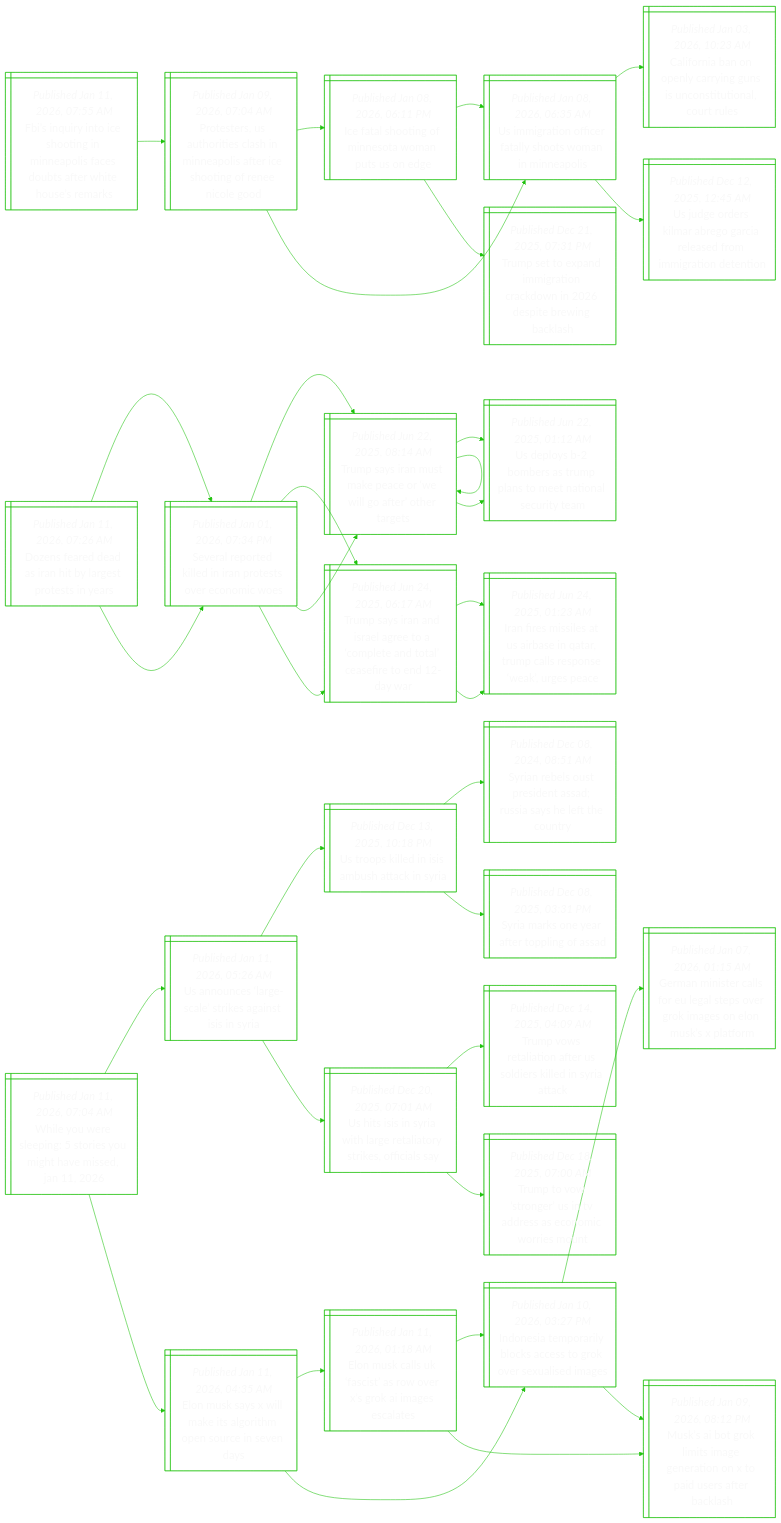
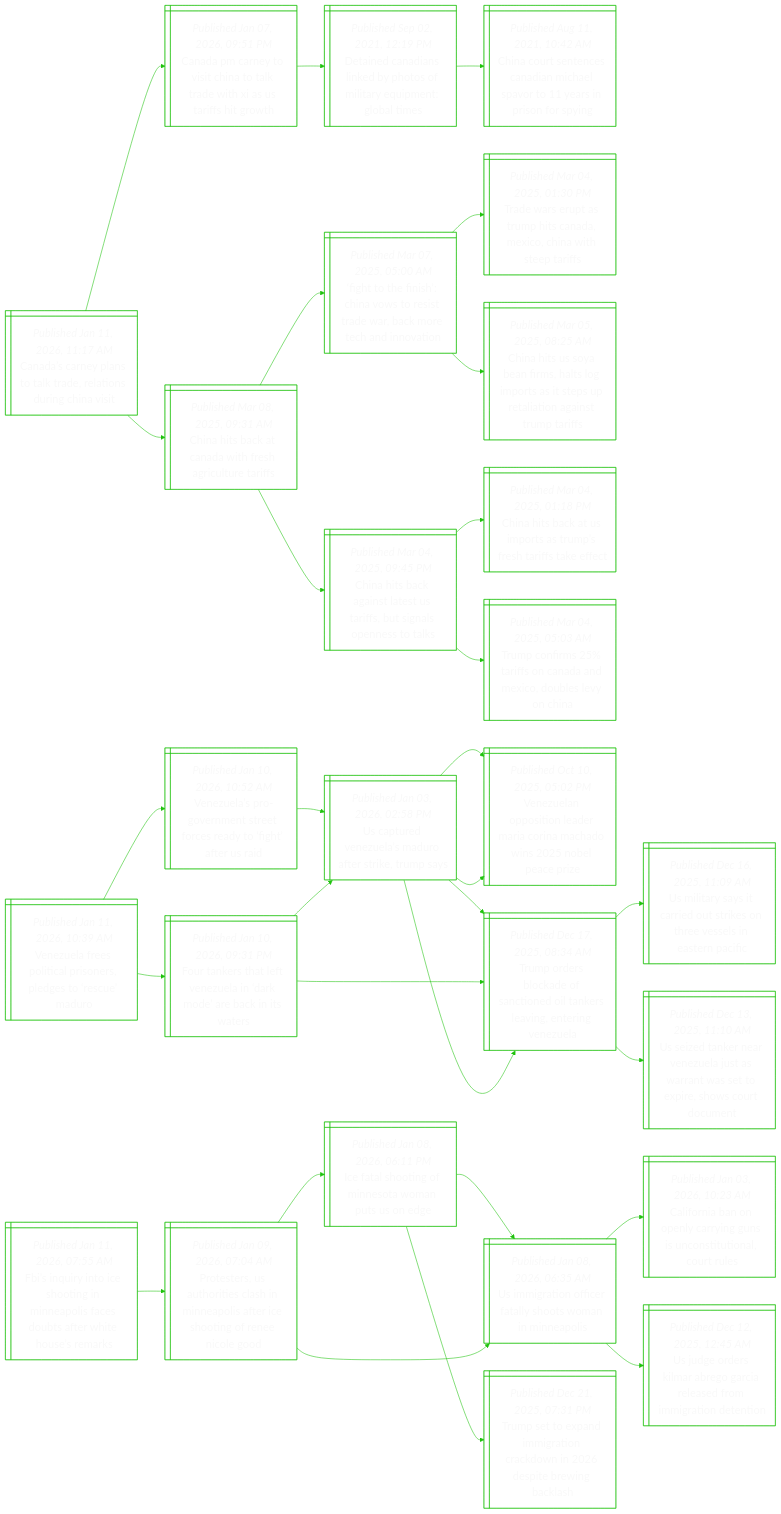
The diagram in README.md (notJmes/notJmes), drawn with Mermaid before and after one commit. The commit also changed other lines of this file, not shown here.

````diff
--- a/README.md
+++ b/README.md
@@ -15,6 +15,77 @@
 %%{init: {'theme':'base', 'themeVariables': {'primaryColor': "transparent", 'primaryTextColor': "#F9F9F9", 'lineColor': "#20C20E", 'primaryBorderColor':'#20C20E'}}}%%
 flowchart LR
 classDef txtsize font-size:20px;
+
+Canatreorhi@{ shape: win-pane, label: "_Published Jan 11, 2026, 11:17 AM_
+Canada’s carney plans to talk trade, relations during china visit" }
+CarotaldhUiiw@{ shape: win-pane, label: "_Published Jan 07, 2026, 09:51 PM_
+Canada pm carney to visit china to talk trade with xi as us tariffs hit growth" }
+DnnnkpslypGls@{ shape: win-pane, label: "_Published Sep 02, 2021, 12:19 PM_
+Detained canadians linked by photos of military equipment: global times" }
+Ccsnaahptrrfy@{ shape: win-pane, label: "_Published Aug 11, 2021, 10:42 AM_
+China court sentences canadian michael spavor to 11 years in prison for spying" }
+ChaCafauef@{ shape: win-pane, label: "_Published Mar 08, 2025, 09:31 AM_
+China hits back at canada with fresh agriculture tariffs" }
+Ftfhatiarmedvn@{ shape: win-pane, label: "_Published Mar 07, 2025, 05:00 AM_
+‘fight to the finish’: china vows to resist trade war, back more tech and innovation" }
+TwrspCacnhpf@{ shape: win-pane, label: "_Published Mar 04, 2025, 01:30 PM_
+Trade wars erupt as trump hits canada, mexico, china with steep tariffs" }
+ChSbiaooserinnur@{ shape: win-pane, label: "_Published Mar 05, 2025, 08:25 AM_
+China hits us soya bean firms, halts log imports as it steps up retaliation against trump tariffs" }
+Chaaltrbgoet@{ shape: win-pane, label: "_Published Mar 04, 2025, 09:45 PM_
+China hits back against latest us tariffs, but signals openness to talks" }
+ChaUospsiaf@{ shape: win-pane, label: "_Published Mar 04, 2025, 01:18 PM_
+China hits back at us imports as trump’s fresh tariffs take effect" }
+TcrroadcbeC@{ shape: win-pane, label: "_Published Mar 04, 2025, 05:03 AM_
+Trump confirms 25% tariffs on canada and mexico, doubles levy on china" }
+
+Canatreorhi:::txtsize --> CarotaldhUiiw:::txtsize
+CarotaldhUiiw:::txtsize --> DnnnkpslypGls:::txtsize
+DnnnkpslypGls:::txtsize --> Ccsnaahptrrfy:::txtsize
+Canatreorhi:::txtsize --> ChaCafauef:::txtsize
+ChaCafauef:::txtsize --> Ftfhatiarmedvn:::txtsize
+Ftfhatiarmedvn:::txtsize --> TwrspCacnhpf:::txtsize
+Ftfhatiarmedvn:::txtsize --> ChSbiaooserinnur:::txtsize
+ChaCafauef:::txtsize --> Chaaltrbgoet:::txtsize
+Chaaltrbgoet:::txtsize --> ChaUospsiaf:::txtsize
+Chaaltrbgoet:::txtsize --> TcrroadcbeC:::txtsize
+
+Vurocirdouu@{ shape: win-pane, label: "_Published Jan 11, 2026, 10:39 AM_
+Venezuela frees political prisoners, pledges to ‘rescue’ maduro" }
+Vupverorthea@{ shape: win-pane, label: "_Published Jan 10, 2026, 10:52 AM_
+Venezuela’s pro-government street forces ready to ‘fight’ after us raid" }
+UtVuMorkms@{ shape: win-pane, label: "_Published Jan 03, 2026, 02:58 PM_
+Us captured venezuela’s maduro after strike, trump says" }
+Vuoilranhibai@{ shape: win-pane, label: "_Published Oct 10, 2025, 05:02 PM_
+Venezuelan opposition leader maria corina machado wins 2025 nobel peace prize" }
+Toskftdasitgz@{ shape: win-pane, label: "_Published Dec 17, 2025, 08:34 AM_
+Trump orders blockade of sanctioned oil tankers leaving, entering venezuela" }
+Fasleedoeiws@{ shape: win-pane, label: "_Published Jan 10, 2026, 09:31 PM_
+Four tankers that left venezuela in ‘dark mode’ are back in its waters" }
+Toskftdasitgz@{ shape: win-pane, label: "_Published Dec 17, 2025, 08:34 AM_
+Trump orders blockade of sanctioned oil tankers leaving, entering venezuela" }
+Uistitktvlanf@{ shape: win-pane, label: "_Published Dec 16, 2025, 11:09 AM_
+Us military says it carried out strikes on three vessels in eastern pacific" }
+Uznenltrwtphoon@{ shape: win-pane, label: "_Published Dec 13, 2025, 11:10 AM_
+Us seized tanker near venezuela just as warrant was set to expire, shows court document" }
+UtVuMorkms@{ shape: win-pane, label: "_Published Jan 03, 2026, 02:58 PM_
+Us captured venezuela’s maduro after strike, trump says" }
+Vuoilranhibai@{ shape: win-pane, label: "_Published Oct 10, 2025, 05:02 PM_
+Venezuelan opposition leader maria corina machado wins 2025 nobel peace prize" }
+Toskftdasitgz@{ shape: win-pane, label: "_Published Dec 17, 2025, 08:34 AM_
+Trump orders blockade of sanctioned oil tankers leaving, entering venezuela" }
+
+Vurocirdouu:::txtsize --> Vupverorthea:::txtsize
+Vupverorthea:::txtsize --> UtVuMorkms:::txtsize
+UtVuMorkms:::txtsize --> Vuoilranhibai:::txtsize
+UtVuMorkms:::txtsize --> Toskftdasitgz:::txtsize
+Vurocirdouu:::txtsize --> Fasleedoeiws:::txtsize
+Fasleedoeiws:::txtsize --> Toskftdasitgz:::txtsize
+Toskftdasitgz:::txtsize --> Uistitktvlanf:::txtsize
+Toskftdasitgz:::txtsize --> Uznenltrwtphoon:::txtsize
+Fasleedoeiws:::txtsize --> UtVuMorkms:::txtsize
+UtVuMorkms:::txtsize --> Vuoilranhibai:::txtsize
+UtVuMorkms:::txtsize --> Toskftdasitgz:::txtsize
 
 FnyIognoaoaWHsr@{ shape: win-pane, label: "_Published Jan 11, 2026, 07:55 AM_
 Fbi’s inquiry into ice shooting in minneapolis faces doubts after white house’s remarks" }
@@ -41,90 +112,4 @@
 UiifflomMas:::txtsize --> Coboyyuustlts:::txtsize
 UiifflomMas:::txtsize --> UgelbGaarmtei:::txtsize
 
-Dsedabgrte@{ shape: win-pane, label: "_Published Jan 11, 2026, 07:26 AM_
-Dozens feared dead as iran hit by largest protests in years" }
-Saokdatocis@{ shape: win-pane, label: "_Published Jan 01, 2026, 07:34 PM_
-Several reported killed in iran protests over economic woes" }
-Tsrseeworre@{ shape: win-pane, label: "_Published Jun 22, 2025, 08:14 AM_
-Trump says iran must make peace or ‘we will go after’ other targets" }
-Tsrseeworre@{ shape: win-pane, label: "_Published Jun 22, 2025, 08:14 AM_
-Trump says iran must make peace or ‘we will go after’ other targets" }
-Ulbrrlonncy@{ shape: win-pane, label: "_Published Jun 22, 2025, 01:12 AM_
-Us deploys b-2 bombers as trump plans to meet national security team" }
-Tsrdeecedletdr@{ shape: win-pane, label: "_Published Jun 24, 2025, 06:17 AM_
-Trump says iran and israel agree to a ‘complete and total’ ceasefire to end 12-day war" }
-IiieSaQTcrnaec@{ shape: win-pane, label: "_Published Jun 24, 2025, 01:23 AM_
-Iran fires missiles at us airbase in qatar, trump calls response ‘weak’, urges peace" }
-Saokdatocis@{ shape: win-pane, label: "_Published Jan 01, 2026, 07:34 PM_
-Several reported killed in iran protests over economic woes" }
-Tsrseeworre@{ shape: win-pane, label: "_Published Jun 22, 2025, 08:14 AM_
-Trump says iran must make peace or ‘we will go after’ other targets" }
-Tsrseeworre@{ shape: win-pane, label: "_Published Jun 22, 2025, 08:14 AM_
-Trump says iran must make peace or ‘we will go after’ other targets" }
-Ulbrrlonncy@{ shape: win-pane, label: "_Published Jun 22, 2025, 01:12 AM_
-Us deploys b-2 bombers as trump plans to meet national security team" }
-Tsrdeecedletdr@{ shape: win-pane, label: "_Published Jun 24, 2025, 06:17 AM_
-Trump says iran and israel agree to a ‘complete and total’ ceasefire to end 12-day war" }
-IiieSaQTcrnaec@{ shape: win-pane, label: "_Published Jun 24, 2025, 01:23 AM_
-Iran fires missiles at us airbase in qatar, trump calls response ‘weak’, urges peace" }
-
-Dsedabgrte:::txtsize --> Saokdatocis:::txtsize
-Saokdatocis:::txtsize --> Tsrseeworre:::txtsize
-Tsrseeworre:::txtsize --> Tsrseeworre:::txtsize
-Tsrseeworre:::txtsize --> Ulbrrlonncy:::txtsize
-Saokdatocis:::txtsize --> Tsrdeecedletdr:::txtsize
-Tsrdeecedletdr:::txtsize --> IiieSaQTcrnaec:::txtsize
-Dsedabgrte:::txtsize --> Saokdatocis:::txtsize
-Saokdatocis:::txtsize --> Tsrseeworre:::txtsize
-Tsrseeworre:::txtsize --> Tsrseeworre:::txtsize
-Tsrseeworre:::txtsize --> Ulbrrlonncy:::txtsize
-Saokdatocis:::txtsize --> Tsrdeecedletdr:::txtsize
-Tsrdeecedletdr:::txtsize --> IiieSaQTcrnaec:::txtsize
-
-WYresemhiJ@{ shape: win-pane, label: "_Published Jan 11, 2026, 07:04 AM_
-While you were sleeping: 5 stories you might have missed, jan 11, 2026" }
-UoseekaIna@{ shape: win-pane, label: "_Published Jan 11, 2026, 05:26 AM_
-Us announces ‘large-scale’ strikes against isis in syria" }
-Uolnahcy@{ shape: win-pane, label: "_Published Dec 13, 2025, 10:18 PM_
-Us troops killed in isis ambush attack in syria" }
-SnltiARahtoy@{ shape: win-pane, label: "_Published Dec 08, 2024, 08:51 AM_
-Syrian rebels oust president assad; russia says he left the country" }
-Smoaepoa@{ shape: win-pane, label: "_Published Dec 08, 2025, 03:31 PM_
-Syria marks one year after toppling of assad" }
-Usiihelrifay@{ shape: win-pane, label: "_Published Dec 20, 2025, 07:01 AM_
-Us hits isis in syria with large retaliatory strikes, officials say" }
-TveaaUdkdrt@{ shape: win-pane, label: "_Published Dec 14, 2025, 04:09 AM_
-Trump vows retaliation after us soldiers killed in syria attack" }
-Ttsgidsociu@{ shape: win-pane, label: "_Published Dec 18, 2025, 07:00 AM_
-Trump to vow ‘stronger’ us in tv address as economic worries mount" }
-Euyleltersd@{ shape: win-pane, label: "_Published Jan 11, 2026, 04:35 AM_
-Elon musk says x will make its algorithm open source in seven days" }
-Eulfsoromea@{ shape: win-pane, label: "_Published Jan 11, 2026, 01:18 AM_
-Elon musk calls uk ‘fascist’ as row over x’s grok ai images escalates" }
-Ieeabssreueg@{ shape: win-pane, label: "_Published Jan 10, 2026, 03:27 PM_
-Indonesia temporarily blocks access to grok over sexualised images" }
-MAGiigaopsfas@{ shape: win-pane, label: "_Published Jan 09, 2026, 08:12 PM_
-Musk’s ai bot grok limits image generation on x to paid users after backlash" }
-Ieeabssreueg@{ shape: win-pane, label: "_Published Jan 10, 2026, 03:27 PM_
-Indonesia temporarily blocks access to grok over sexualised images" }
-GnsaoetvogEupo@{ shape: win-pane, label: "_Published Jan 07, 2026, 01:15 AM_
-German minister calls for eu legal steps over grok images on elon musk’s x platform" }
-MAGiigaopsfas@{ shape: win-pane, label: "_Published Jan 09, 2026, 08:12 PM_
-Musk’s ai bot grok limits image generation on x to paid users after backlash" }
-
-WYresemhiJ:::txtsize --> UoseekaIna:::txtsize
-UoseekaIna:::txtsize --> Uolnahcy:::txtsize
-Uolnahcy:::txtsize --> SnltiARahtoy:::txtsize
-Uolnahcy:::txtsize --> Smoaepoa:::txtsize
-UoseekaIna:::txtsize --> Usiihelrifay:::txtsize
-Usiihelrifay:::txtsize --> TveaaUdkdrt:::txtsize
-Usiihelrifay:::txtsize --> Ttsgidsociu:::txtsize
-WYresemhiJ:::txtsize --> Euyleltersd:::txtsize
-Euyleltersd:::txtsize --> Eulfsoromea:::txtsize
-Eulfsoromea:::txtsize --> Ieeabssreueg:::txtsize
-Eulfsoromea:::txtsize --> MAGiigaopsfas:::txtsize
-Euyleltersd:::txtsize --> Ieeabssreueg:::txtsize
-Ieeabssreueg:::txtsize --> GnsaoetvogEupo:::txtsize
-Ieeabssreueg:::txtsize --> MAGiigaopsfas:::txtsize
-
 ```
````
